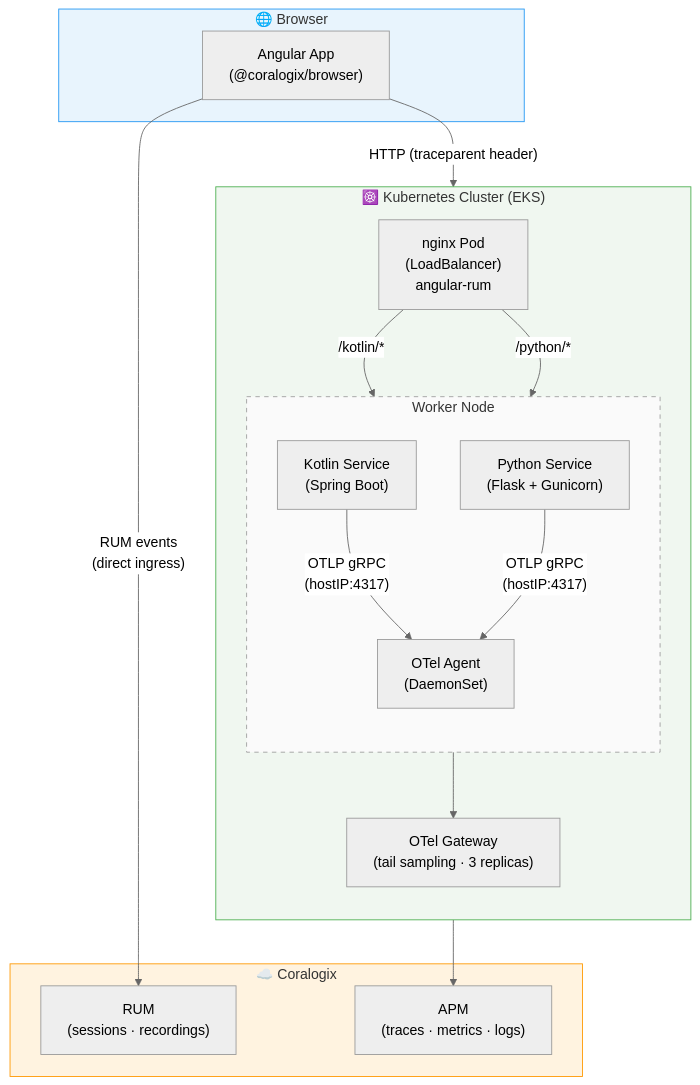
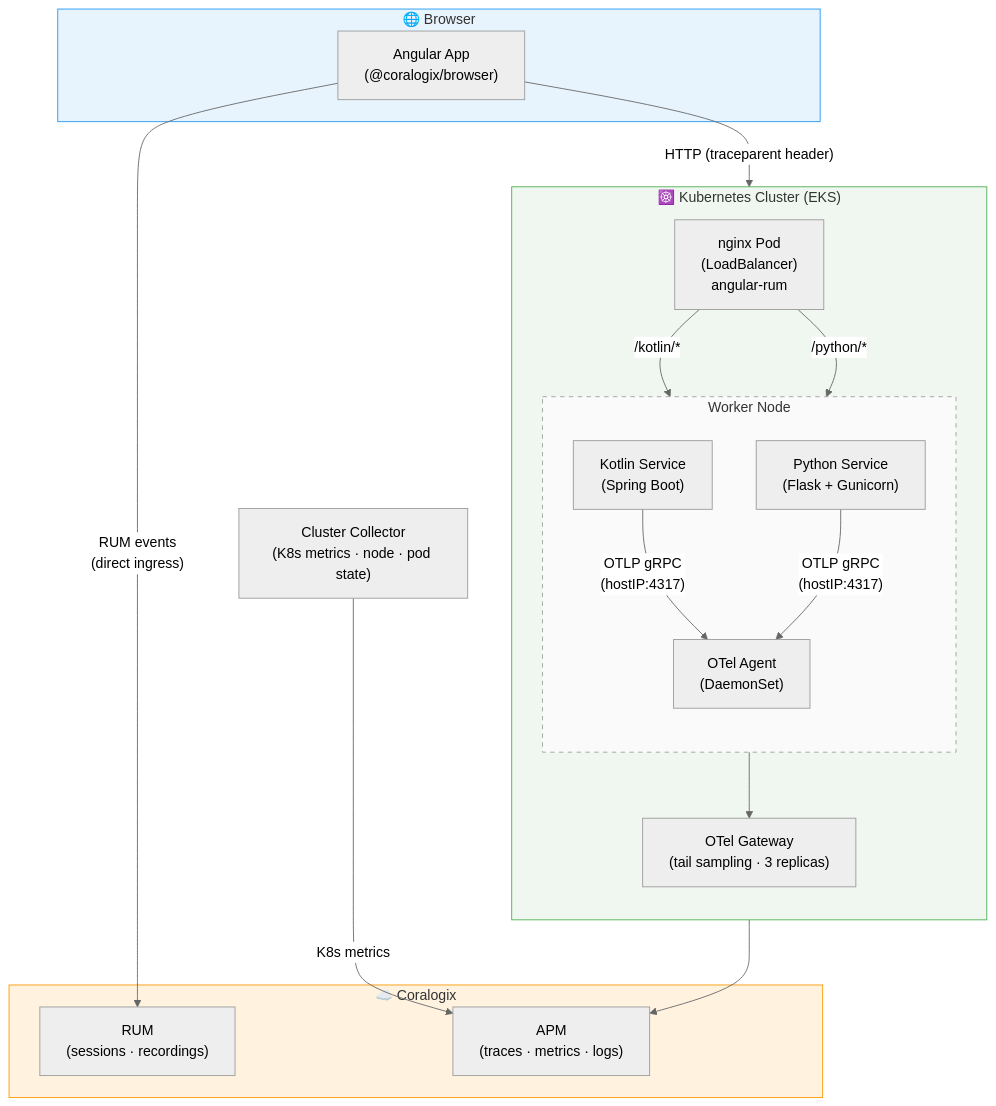
One commit to kenan435/insurance-direct changed the diagram in README.md. Above: the diagram before and after it, drawn with Mermaid (neutral theme).

Commit message:
README: add cluster collector to architecture diagram

````diff
--- a/README.md
+++ b/README.md
@@ -9,39 +9,42 @@
 ```mermaid
 flowchart TB
     subgraph Browser["🌐 Browser"]
         Angular["Angular App\n(@coralogix/browser)"]
     end
 
     subgraph K8s["☸️ Kubernetes Cluster (EKS)"]
         direction TB
         nginx["nginx Pod\n(LoadBalancer)\nangular-rum"]
 
         subgraph Node["Worker Node"]
             direction TB
             Kotlin["Kotlin Service\n(Spring Boot)"]
             Python["Python Service\n(Flask + Gunicorn)"]
             Agent["OTel Agent\n(DaemonSet)"]
         end
 
         Gateway["OTel Gateway\n(tail sampling · 3 replicas)"]
     end
 
+    ClusterCollector["Cluster Collector\n(K8s metrics · node · pod state)"]
+
     subgraph Coralogix["☁️ Coralogix"]
         RUM["RUM\n(sessions · recordings)"]
         APM["APM\n(traces · metrics · logs)"]
     end
 
     Angular -- "HTTP (traceparent header)" --> nginx
     nginx -- "/kotlin/*" --> Kotlin
     nginx -- "/python/*" --> Python
     Kotlin -- "OTLP gRPC\n(hostIP:4317)" --> Agent
     Python -- "OTLP gRPC\n(hostIP:4317)" --> Agent
     Agent --> Gateway
     Gateway --> APM
+    ClusterCollector -- "K8s metrics" --> APM
     Angular -- "RUM events\n(direct ingress)" --> RUM
 
     style Browser fill:#e8f4fd,stroke:#2196f3
     style K8s fill:#f0f7f0,stroke:#4caf50
     style Coralogix fill:#fff3e0,stroke:#ff9800
     style Node fill:#fafafa,stroke:#9e9e9e,stroke-dasharray:5 5
 ```
````
